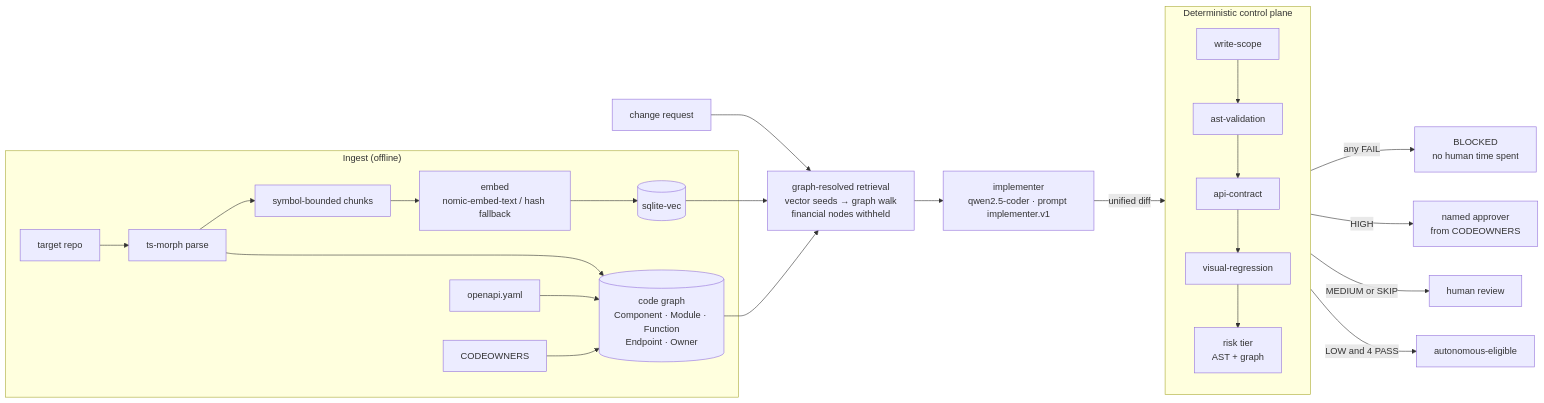
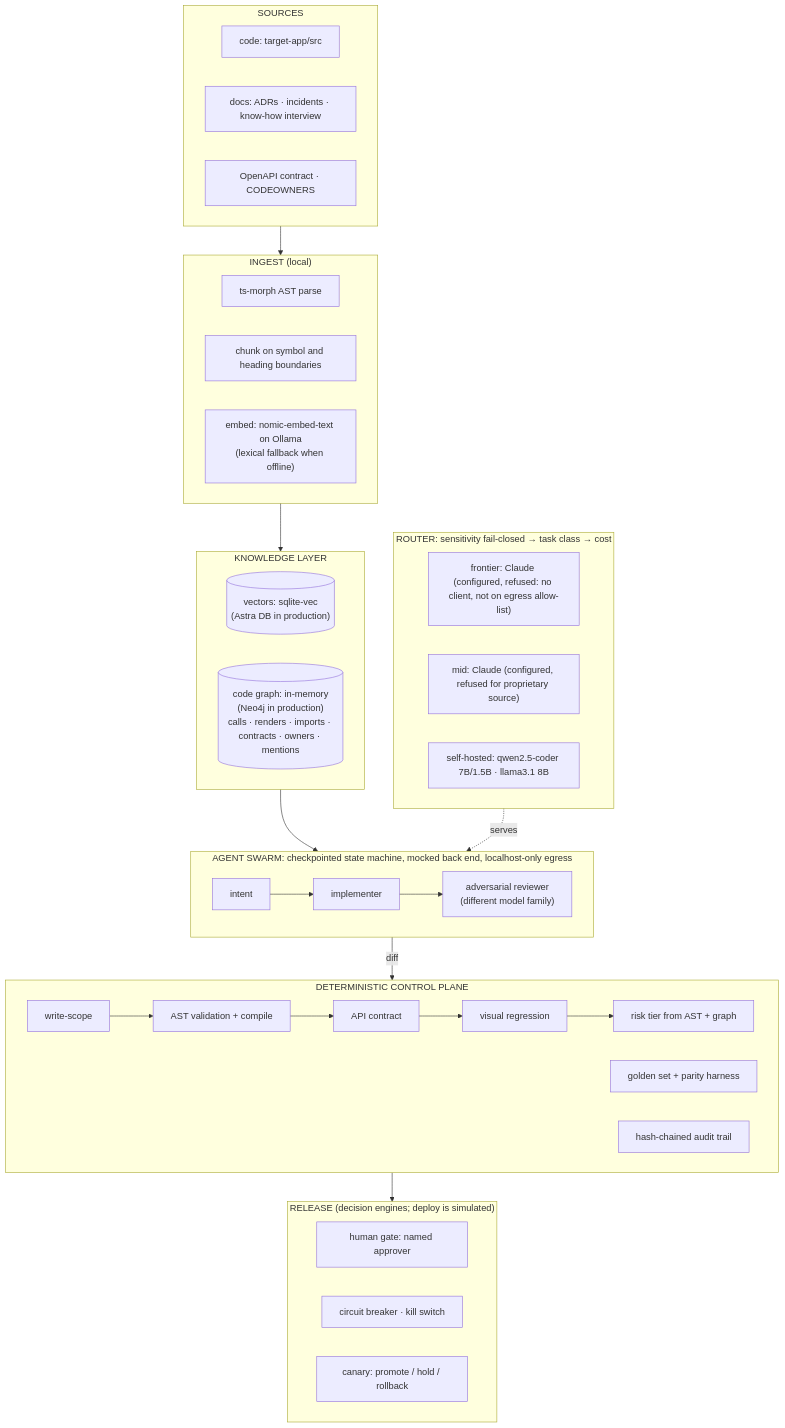
Before and after one commit to mairh/zevoy-collective-slice: the diagram in README.md, drawn with Mermaid. The commit also changed other lines of this file and 67 other files, not shown here.

````diff
--- a/README.md
+++ b/README.md
@@ -49,25 +57,39 @@
 ```mermaid
-flowchart LR
-  subgraph Ingest["Ingest (offline)"]
-    R[target repo] --> P[ts-morph parse]
-    P --> G[(code graph<br/>Component · Module · Function<br/>Endpoint · Owner)]
-    P --> C[symbol-bounded chunks]
-    C --> E[embed<br/>nomic-embed-text / hash fallback]
-    E --> V[(sqlite-vec)]
-    O[openapi.yaml] --> G
-    CO[CODEOWNERS] --> G
+flowchart TB
+  subgraph SRC["SOURCES"]
+    GH["code: target-app/src"]
+    DOCS["docs: ADRs · incidents · know-how interview"]
+    OAS["OpenAPI contract · CODEOWNERS"]
   end
-  CR[change request] --> RS[graph-resolved retrieval<br/>vector seeds → graph walk<br/>financial nodes withheld]
-  V --> RS
-  G --> RS
-  RS --> I[implementer<br/>qwen2.5-coder · prompt implementer.v1]
-  I -->|unified diff| CP
-  subgraph CP["Deterministic control plane"]
-    W[write-scope] --> A[ast-validation] --> K[api-contract] --> VR[visual-regression]
-    VR --> RT[risk tier<br/>AST + graph]
+  subgraph ING["INGEST (local)"]
+    AST["ts-morph AST parse"]
+    CH["chunk on symbol and heading boundaries"]
+    EMB["embed: nomic-embed-text on Ollama<br/>(lexical fallback when offline)"]
   end
-  CP -->|any FAIL| B[BLOCKED<br/>no human time spent]
-  CP -->|HIGH| H[named approver<br/>from CODEOWNERS]
-  CP -->|MEDIUM or SKIP| HR[human review]
-  CP -->|LOW and 4 PASS| AU[autonomous-eligible]
+  subgraph KL["KNOWLEDGE LAYER"]
+    VEC[("vectors: sqlite-vec<br/>(Astra DB in production)")]
+    GR[("code graph: in-memory<br/>(Neo4j in production)<br/>calls · renders · imports · contracts · owners · mentions")]
+  end
+  subgraph RT["ROUTER: sensitivity fail-closed → task class → cost"]
+    FR["frontier: Claude (configured, refused: no client, not on egress allow-list)"]
+    MID["mid: Claude (configured, refused for proprietary source)"]
+    LOC["self-hosted: qwen2.5-coder 7B/1.5B · llama3.1 8B"]
+  end
+  subgraph SW["AGENT SWARM: checkpointed state machine, mocked back end, localhost-only egress"]
+    I["intent"] --> IM["implementer"] --> REV["adversarial reviewer<br/>(different model family)"]
+  end
+  subgraph CP["DETERMINISTIC CONTROL PLANE"]
+    G1["write-scope"] --> G2["AST validation + compile"] --> G3["API contract"] --> G4["visual regression"]
+    G4 --> RK["risk tier from AST + graph"]
+    EV["golden set + parity harness"]
+    AU["hash-chained audit trail"]
+  end
+  subgraph REL["RELEASE (decision engines; deploy is simulated)"]
+    HG["human gate: named approver"]
+    CB["circuit breaker · kill switch"]
+    CN["canary: promote / hold / rollback"]
+  end
+  SRC --> ING --> KL --> SW
+  RT -.serves.-> SW
+  SW -->|diff| CP --> REL
 ```
````
